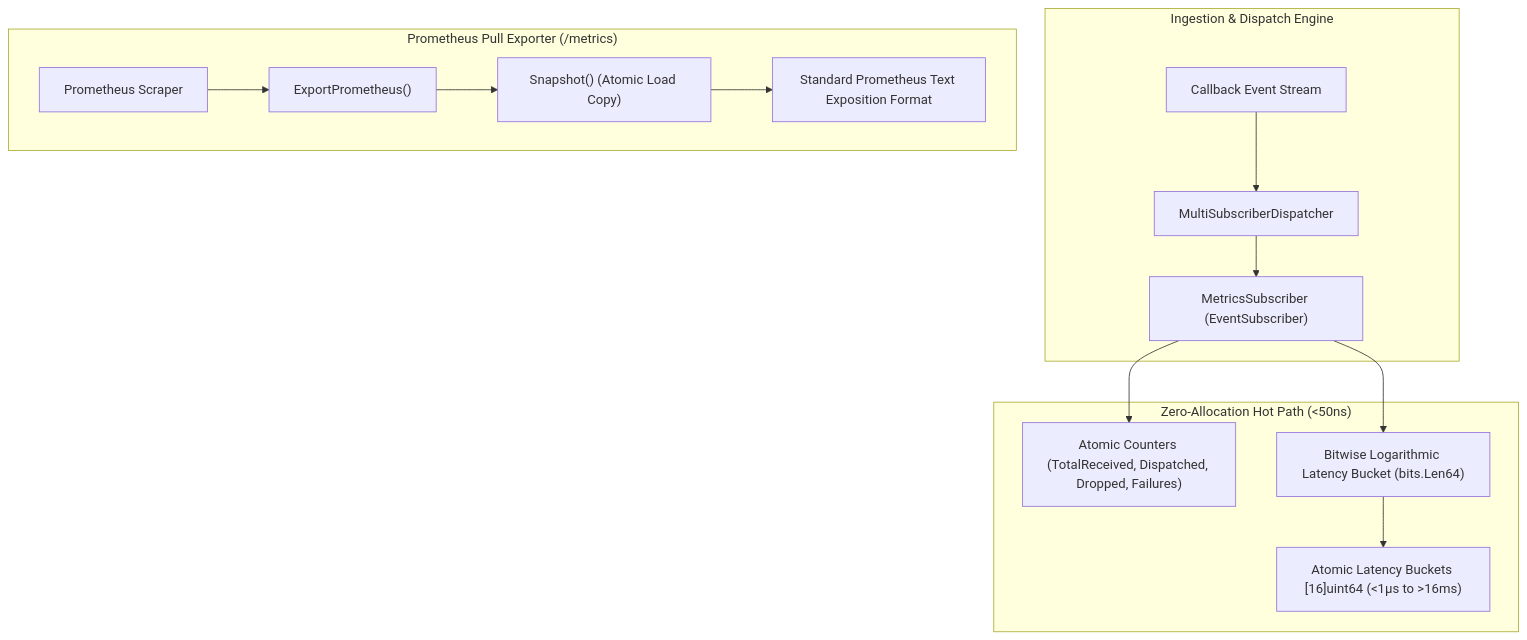
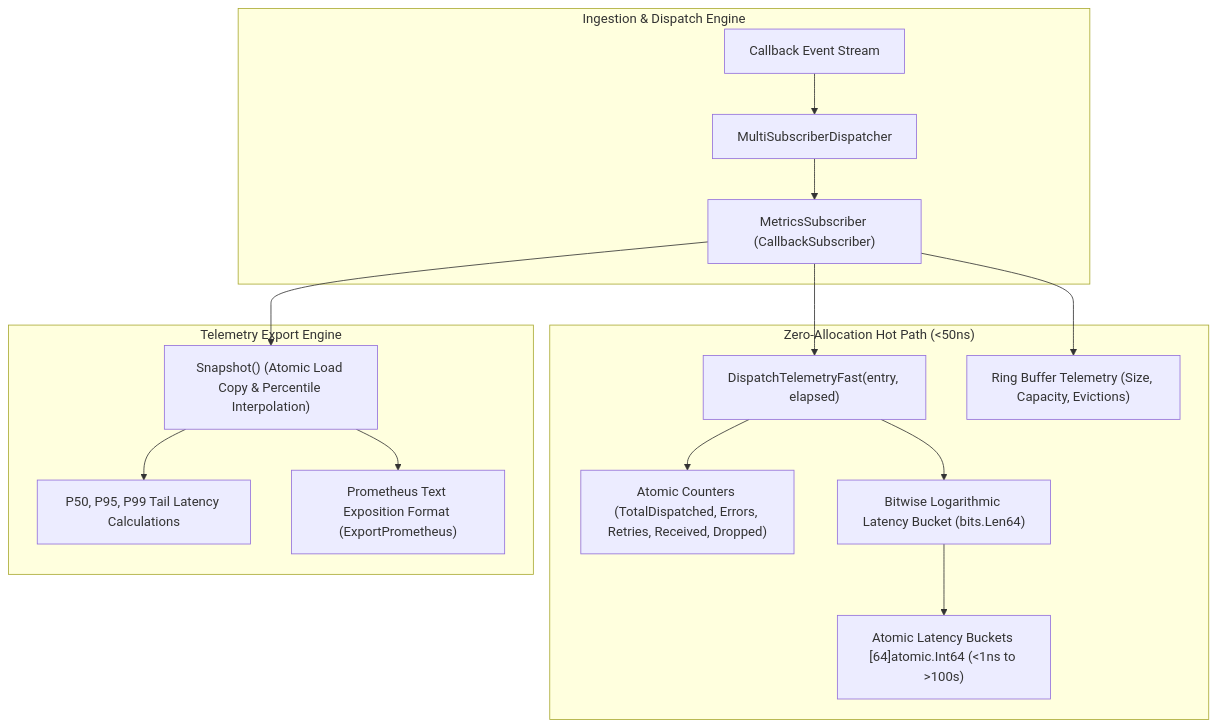
Before and after one commit to zqk-os/zqk: the diagram in docs/architecture/EVENT_DRIVEN_METRICS_TELEMETRY.md, drawn with Mermaid. The commit also changed other lines of this file, not shown here.

Commit message:
docs: add architecture spec for event-driven metrics telemetry

````diff
--- a/docs/architecture/EVENT_DRIVEN_METRICS_TELEMETRY.md
+++ b/docs/architecture/EVENT_DRIVEN_METRICS_TELEMETRY.md
@@ -14,19 +14,21 @@
 ```mermaid
 flowchart TD
     subgraph Ingestion ["Ingestion & Dispatch Engine"]
         Stream["Callback Event Stream"] --> Dispatcher["MultiSubscriberDispatcher"]
-        Dispatcher --> Metrics["MetricsSubscriber (EventSubscriber)"]
+        Dispatcher --> Metrics["MetricsSubscriber (CallbackSubscriber)"]
     end
 
     subgraph HotPath ["Zero-Allocation Hot Path (<50ns)"]
-        Metrics --> AtomicCounters["Atomic Counters (TotalReceived, Dispatched, Dropped, Failures)"]
-        Metrics --> LatencyCalc["Bitwise Logarithmic Latency Bucket (bits.Len64)"]
-        LatencyCalc --> Buckets["Atomic Latency Buckets [16]uint64 (<1µs to >16ms)"]
+        Metrics --> FastDispatch["DispatchTelemetryFast(entry, elapsed)"]
+        FastDispatch --> AtomicCounters["Atomic Counters (TotalDispatched, Errors, Retries, Received, Dropped)"]
+        FastDispatch --> LatencyCalc["Bitwise Logarithmic Latency Bucket (bits.Len64)"]
+        LatencyCalc --> Buckets["Atomic Latency Buckets [64]atomic.Int64 (<1ns to >100s)"]
+        Metrics --> RingObs["Ring Buffer Telemetry (Size, Capacity, Evictions)"]
     end
 
-    subgraph PrometheusScrape ["Prometheus Pull Exporter (/metrics)"]
-        Scrape["Prometheus Scraper"] --> Export["ExportPrometheus()"]
-        Export --> Snapshot["Snapshot() (Atomic Load Copy)"]
-        Snapshot --> PromFormat["Standard Prometheus Text Exposition Format"]
+    subgraph TelemetryExport ["Telemetry Export Engine"]
+        Metrics --> Snapshot["Snapshot() (Atomic Load Copy & Percentile Interpolation)"]
+        Snapshot --> Percentiles["P50, P95, P99 Tail Latency Calculations"]
+        Snapshot --> PrometheusScrape["Prometheus Text Exposition Format (ExportPrometheus)"]
     end
 ```
````
